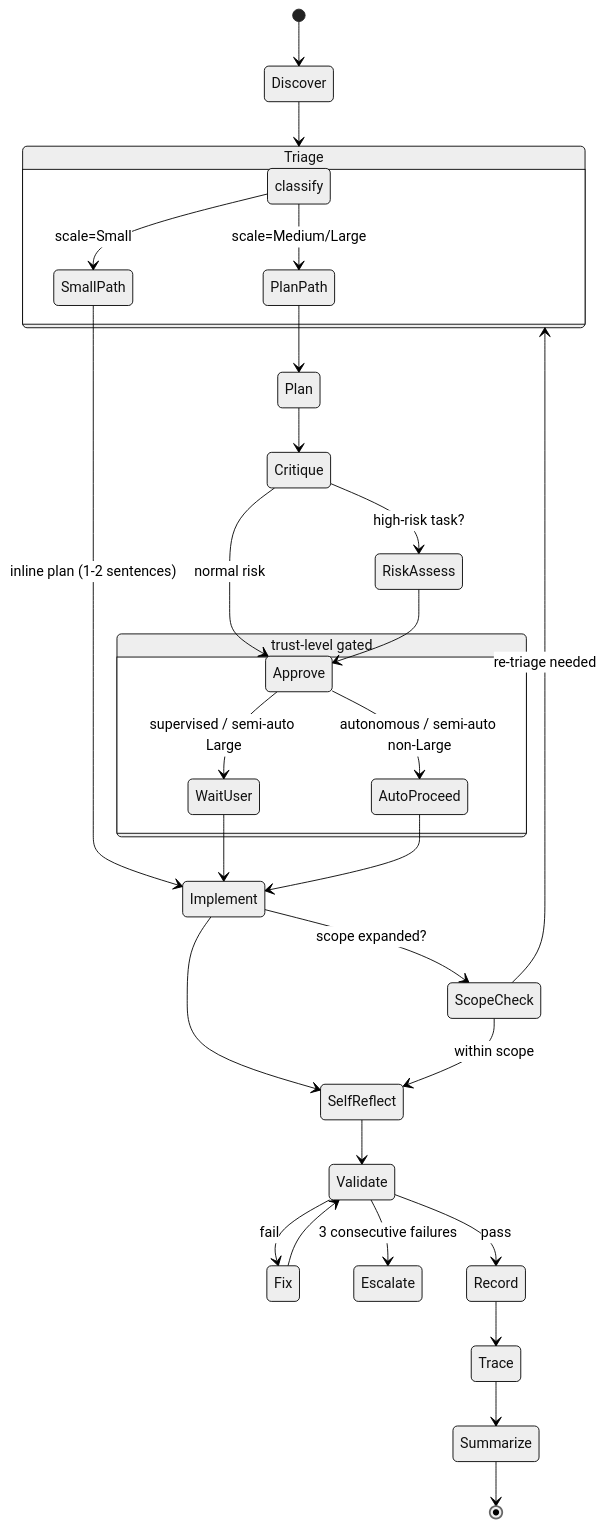
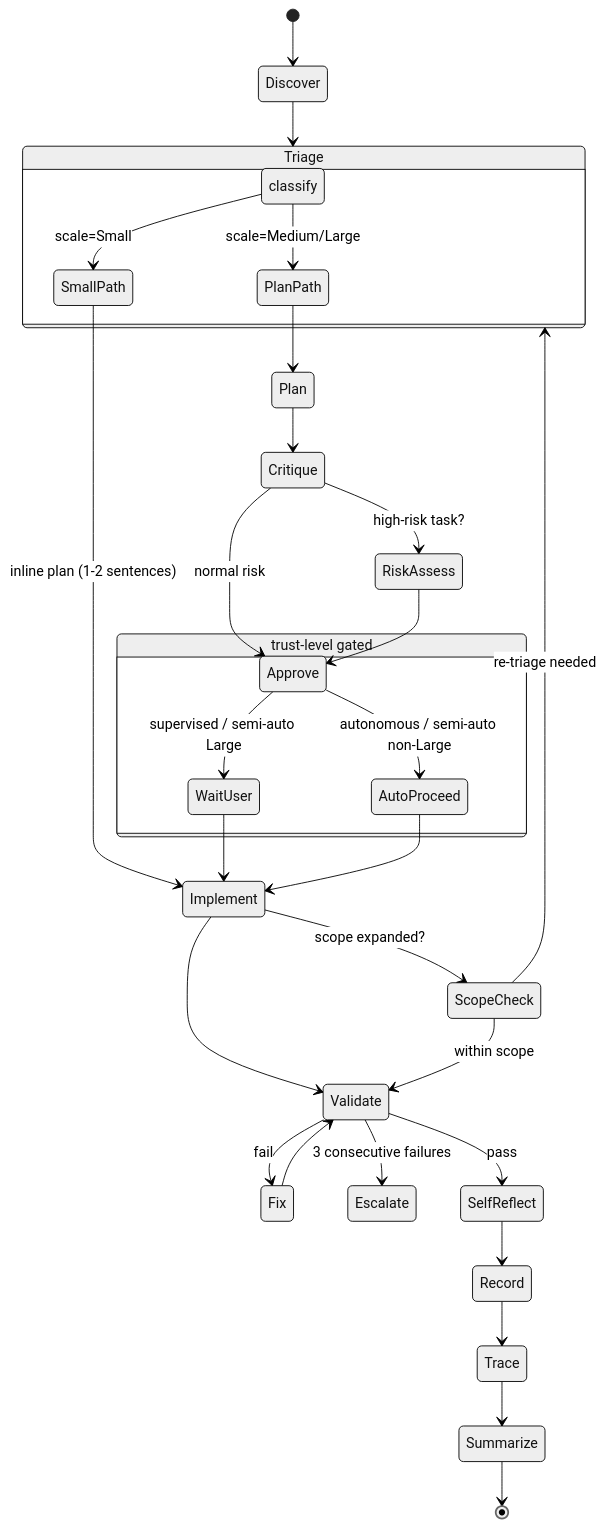
Before and after one commit to screenleon/agent-playbook-template: the diagram in docs/agent-playbook.md, drawn with Mermaid (neutral theme). The commit also changed other lines of this file and 5 other files, not shown here.

````diff
--- a/docs/agent-playbook.md
+++ b/docs/agent-playbook.md
@@ -351,43 +351,43 @@
 ```mermaid
 stateDiagram-v2
     [*] --> Discover
     Discover --> Triage
 
     state Triage {
         direction LR
         classify --> SmallPath : scale=Small
         classify --> PlanPath : scale=Medium/Large
     }
 
     SmallPath --> Implement : inline plan (1-2 sentences)
     PlanPath --> Plan
 
     Plan --> Critique
     Critique --> RiskAssess : high-risk task?
     Critique --> Approve : normal risk
     RiskAssess --> Approve
 
     state "trust-level gated" as ApproveGate {
         Approve --> WaitUser : supervised / semi-auto Large
         Approve --> AutoProceed : autonomous / semi-auto non-Large
     }
 
     WaitUser --> Implement
     AutoProceed --> Implement
 
-    Implement --> SelfReflect
-    SelfReflect --> Validate
+    Implement --> Validate
 
     Validate --> Fix : fail
     Fix --> Validate
     Validate --> Escalate : 3 consecutive failures
-    Validate --> Record : pass
+    Validate --> SelfReflect : pass
+    SelfReflect --> Record
 
     Implement --> ScopeCheck : scope expanded?
     ScopeCheck --> Triage : re-triage needed
-    ScopeCheck --> SelfReflect : within scope
+    ScopeCheck --> Validate : within scope
 
     Record --> Trace
     Trace --> Summarize
     Summarize --> [*]
 ```
````
